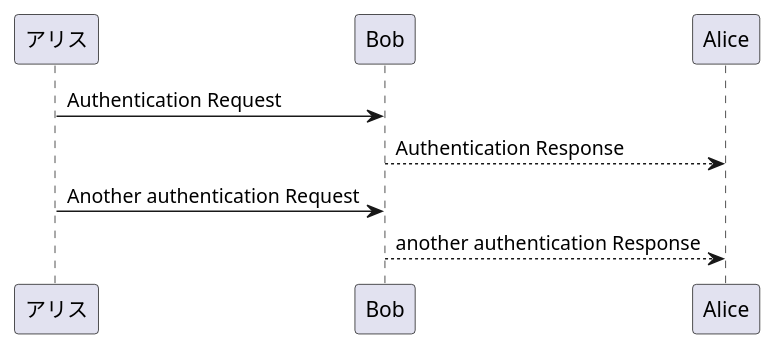
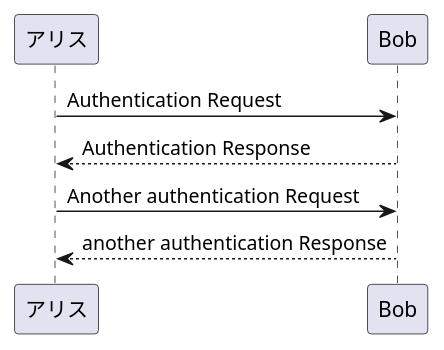
The first of 6 diagrams in content-org/japanese/org-mode/Org-As-Programming-Env.org (shimano-yoshio/blog.shimanoke.com), drawn with PlantUML before and after one commit. The commit also changed other lines of this file and 234 other files, not shown here.

```diff
--- a/content-org/japanese/org-mode/Org-As-Programming-Env.org
+++ b/content-org/japanese/org-mode/Org-As-Programming-Env.org
@@ -301,9 +301,9 @@
 #+BEGIN_SRC plantuml  :file images/plantuml-sequeqnce1.png
-@startuml
-アリス -> Bob: Authentication Request
-Bob --> Alice: Authentication Response
+  @startuml
+  アリス -> Bob: Authentication Request
+  Bob --> アリス: Authentication Response
 
-アリス -> Bob: Another authentication Request
-Alice <-- Bob: another authentication Response
-@enduml
+  アリス -> Bob: Another authentication Request
+  アリス <-- Bob: another authentication Response
+  @enduml
 #+END_SRC
```
